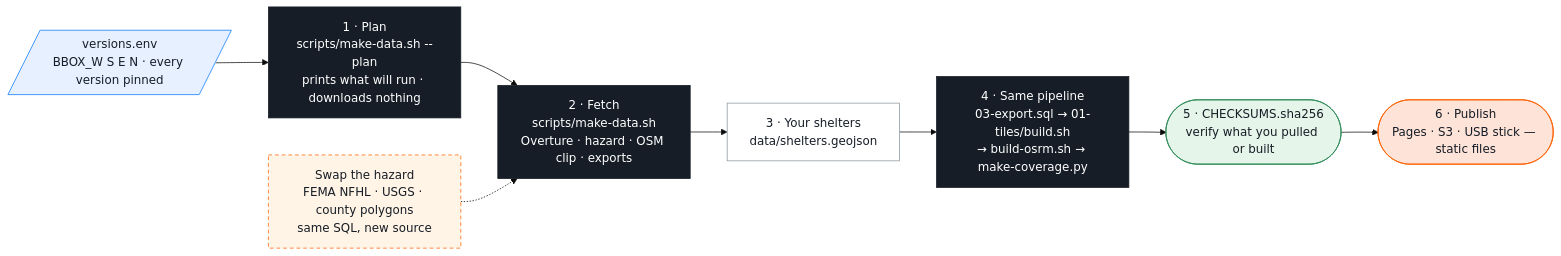
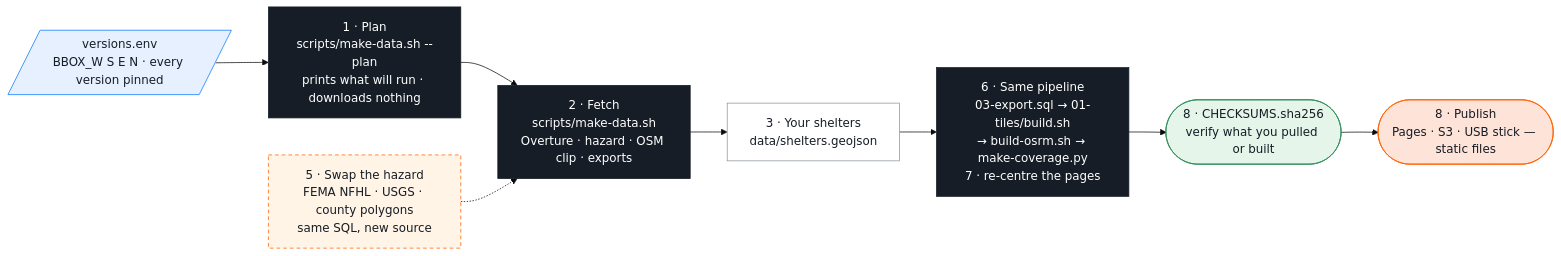
One commit to vishal4c/routes-to-safety-workshop changed the diagram in 04-adapt/README.md. Above: the diagram before and after it, drawn with Mermaid (base theme). The commit also changed other lines of this file and 13 other files, not shown here.

````diff
--- a/04-adapt/README.md
+++ b/04-adapt/README.md
@@ -6,21 +8,21 @@
 ```mermaid
 flowchart LR
   classDef file fill:#E6F0FF,stroke:#0678FF,color:#161D26
   classDef tool fill:#161D26,stroke:#161D26,color:#FFFFFF
   classDef step fill:#FFFFFF,stroke:#8A939B,color:#161D26
   classDef chk  fill:#E6F5EA,stroke:#2E8B57,color:#161D26
   classDef out  fill:#FEE3D8,stroke:#FF6101,color:#161D26
   classDef bail fill:#FFF4E5,stroke:#FF6101,color:#161D26,stroke-dasharray:5 4
 
   V[/"versions.env<br/>BBOX_W S E N · every version pinned"/]:::file
   PL["1 · Plan<br/>scripts/make-data.sh --plan<br/>prints what will run · downloads nothing"]:::tool
   RUN["2 · Fetch<br/>scripts/make-data.sh<br/>Overture · hazard · OSM clip · exports"]:::tool
   SH["3 · Your shelters<br/>data/shelters.geojson"]:::step
-  P["4 · Same pipeline<br/>03-export.sql → 01-tiles/build.sh<br/>→ build-osrm.sh → make-coverage.py"]:::tool
-  CK(["5 · CHECKSUMS.sha256<br/>verify what you pulled or built"]):::chk
-  PUB(["6 · Publish<br/>Pages · S3 · USB stick — static files"]):::out
-  SW["Swap the hazard<br/>FEMA NFHL · USGS · county polygons<br/>same SQL, new source"]:::bail
+  P["6 · Same pipeline<br/>03-export.sql → 01-tiles/build.sh<br/>→ build-osrm.sh → make-coverage.py<br/>7 · re-centre the pages"]:::tool
+  CK(["8 · CHECKSUMS.sha256<br/>verify what you pulled or built"]):::chk
+  PUB(["8 · Publish<br/>Pages · S3 · USB stick — static files"]):::out
+  SW["5 · Swap the hazard<br/>FEMA NFHL · USGS · county polygons<br/>same SQL, new source"]:::bail
 
   V --> PL --> RUN --> SH --> P --> CK --> PUB
   SW -.-> RUN
 ```
````
